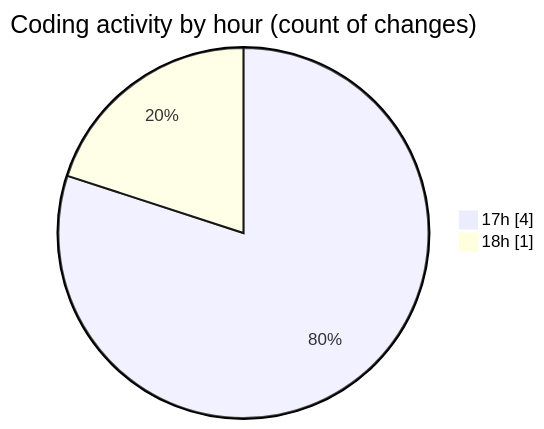
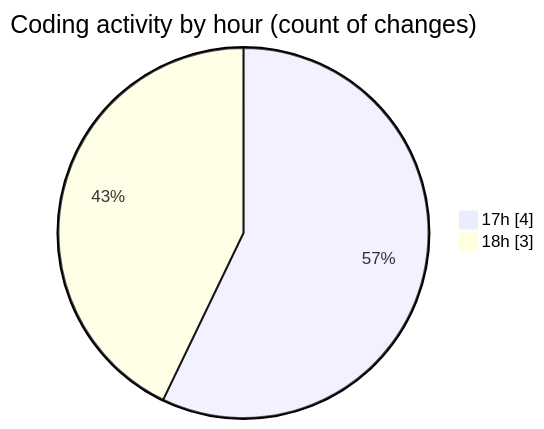
The second of 2 diagrams in 2025-08-05/_claude/README.md (EIIisD/code-tracking), drawn with Mermaid before and after one commit. The commit also changed other lines of this file and 1 other file, not shown here.

````diff
--- a/2025-08-05/_claude/README.md
+++ b/2025-08-05/_claude/README.md
@@ -28,6 +28,6 @@
 ```mermaid
 pie showData
 title Coding activity by hour (count of changes)
 "17h" : 4
-"18h" : 1
+"18h" : 3
 ```
````
